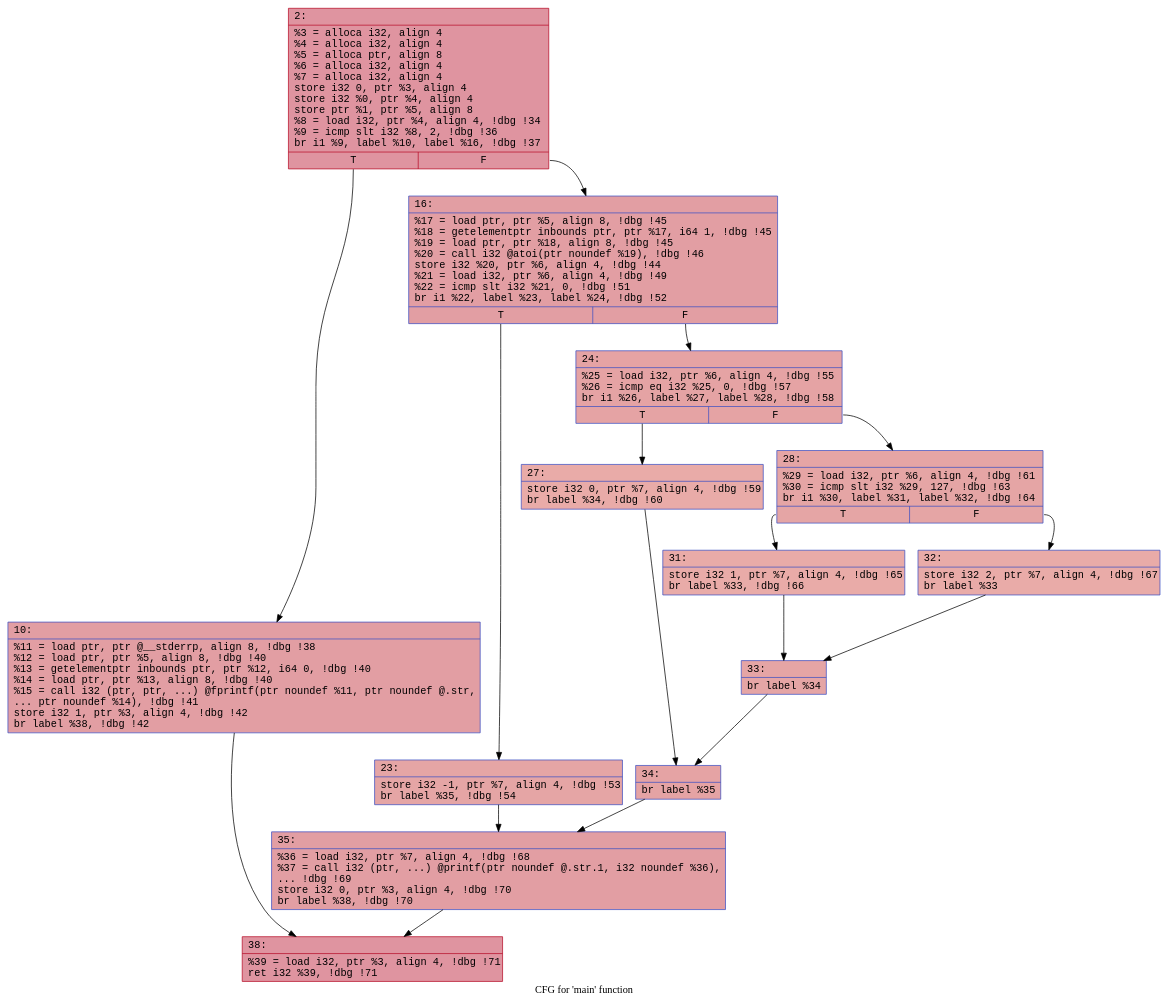
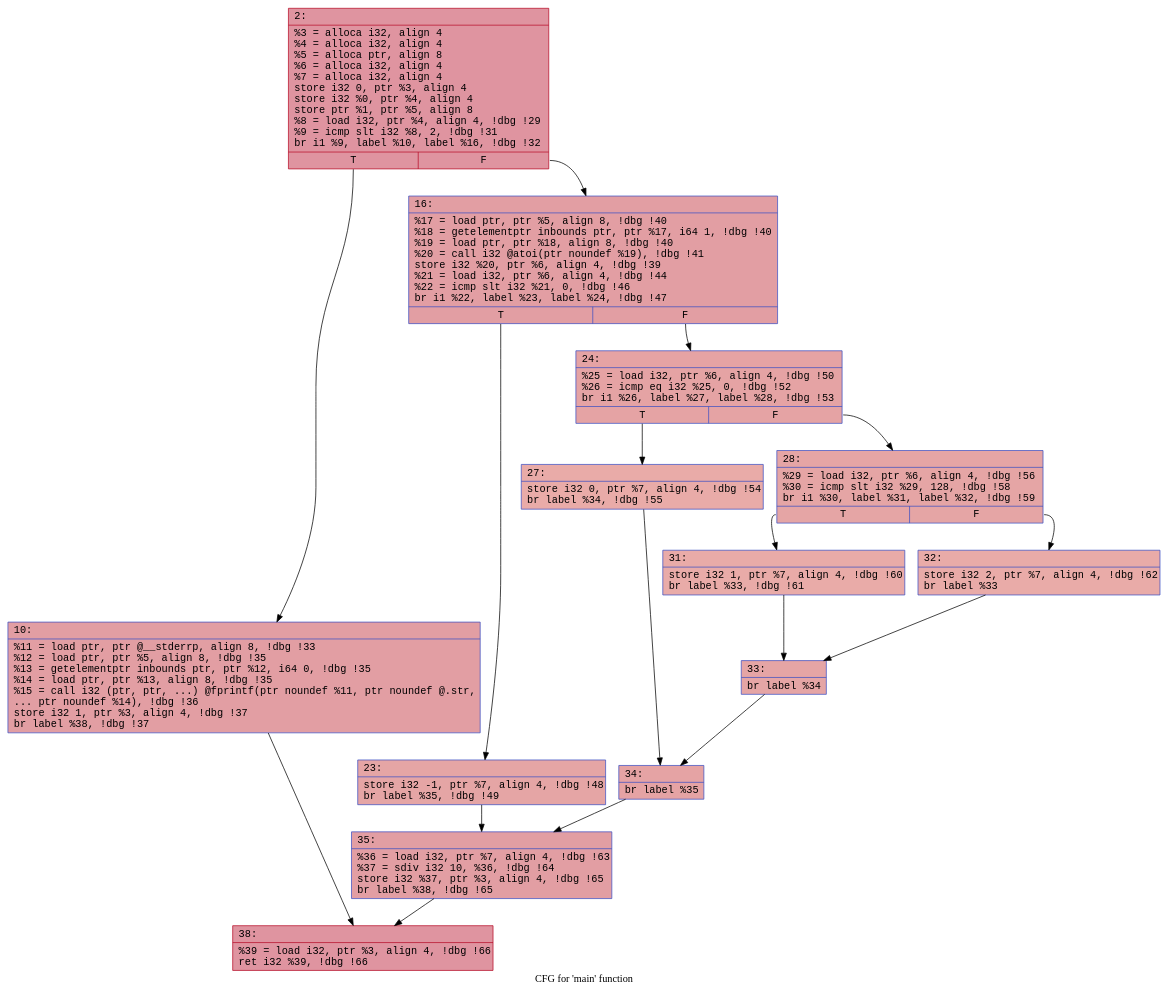
One commit to FelicitasGarcia/MimicryMonitor changed the diagram in llvm/feli/cfgs/mainPUA.dot. Above: the diagram before and after it, drawn with Graphviz. The commit also changed 55 other files, not shown here.

```diff
--- a/llvm/feli/cfgs/mainPUA.dot
+++ b/llvm/feli/cfgs/mainPUA.dot
@@ -1,33 +1,33 @@
 digraph "CFG for 'main' function" {
 	label="CFG for 'main' function";
 
-	Node0x6000030d8190 [shape=record,color="#b70d28ff", style=filled, fillcolor="#b70d2870" fontname="Courier",label="{2:\l|  %3 = alloca i32, align 4\l  %4 = alloca i32, align 4\l  %5 = alloca ptr, align 8\l  %6 = alloca i32, align 4\l  %7 = alloca i32, align 4\l  store i32 0, ptr %3, align 4\l  store i32 %0, ptr %4, align 4\l  store ptr %1, ptr %5, align 8\l  %8 = load i32, ptr %4, align 4, !dbg !34\l  %9 = icmp slt i32 %8, 2, !dbg !36\l  br i1 %9, label %10, label %16, !dbg !37\l|{<s0>T|<s1>F}}"];
-	Node0x6000030d8190:s0 -> Node0x6000030d8230;
-	Node0x6000030d8190:s1 -> Node0x6000030d8280;
-	Node0x6000030d8230 [shape=record,color="#3d50c3ff", style=filled, fillcolor="#be242e70" fontname="Courier",label="{10:\l|  %11 = load ptr, ptr @__stderrp, align 8, !dbg !38\l  %12 = load ptr, ptr %5, align 8, !dbg !40\l  %13 = getelementptr inbounds ptr, ptr %12, i64 0, !dbg !40\l  %14 = load ptr, ptr %13, align 8, !dbg !40\l  %15 = call i32 (ptr, ptr, ...) @fprintf(ptr noundef %11, ptr noundef @.str,\l... ptr noundef %14), !dbg !41\l  store i32 1, ptr %3, align 4, !dbg !42\l  br label %38, !dbg !42\l}"];
-	Node0x6000030d8230 -> Node0x6000030d8320;
-	Node0x6000030d8280 [shape=record,color="#3d50c3ff", style=filled, fillcolor="#be242e70" fontname="Courier",label="{16:\l|  %17 = load ptr, ptr %5, align 8, !dbg !45\l  %18 = getelementptr inbounds ptr, ptr %17, i64 1, !dbg !45\l  %19 = load ptr, ptr %18, align 8, !dbg !45\l  %20 = call i32 @atoi(ptr noundef %19), !dbg !46\l  store i32 %20, ptr %6, align 4, !dbg !44\l  %21 = load i32, ptr %6, align 4, !dbg !49\l  %22 = icmp slt i32 %21, 0, !dbg !51\l  br i1 %22, label %23, label %24, !dbg !52\l|{<s0>T|<s1>F}}"];
-	Node0x6000030d8280:s0 -> Node0x6000030d83c0;
-	Node0x6000030d8280:s1 -> Node0x6000030d8410;
-	Node0x6000030d83c0 [shape=record,color="#3d50c3ff", style=filled, fillcolor="#c5333470" fontname="Courier",label="{23:\l|  store i32 -1, ptr %7, align 4, !dbg !53\l  br label %35, !dbg !54\l}"];
-	Node0x6000030d83c0 -> Node0x6000030d8460;
-	Node0x6000030d8410 [shape=record,color="#3d50c3ff", style=filled, fillcolor="#c32e3170" fontname="Courier",label="{24:\l|  %25 = load i32, ptr %6, align 4, !dbg !55\l  %26 = icmp eq i32 %25, 0, !dbg !57\l  br i1 %26, label %27, label %28, !dbg !58\l|{<s0>T|<s1>F}}"];
-	Node0x6000030d8410:s0 -> Node0x6000030d84b0;
-	Node0x6000030d8410:s1 -> Node0x6000030d8500;
-	Node0x6000030d84b0 [shape=record,color="#3d50c3ff", style=filled, fillcolor="#cc403a70" fontname="Courier",label="{27:\l|  store i32 0, ptr %7, align 4, !dbg !59\l  br label %34, !dbg !60\l}"];
-	Node0x6000030d84b0 -> Node0x6000030d8550;
-	Node0x6000030d8500 [shape=record,color="#3d50c3ff", style=filled, fillcolor="#c5333470" fontname="Courier",label="{28:\l|  %29 = load i32, ptr %6, align 4, !dbg !61\l  %30 = icmp slt i32 %29, 127, !dbg !63\l  br i1 %30, label %31, label %32, !dbg !64\l|{<s0>T|<s1>F}}"];
-	Node0x6000030d8500:s0 -> Node0x6000030d85a0;
-	Node0x6000030d8500:s1 -> Node0x6000030d85f0;
-	Node0x6000030d85a0 [shape=record,color="#3d50c3ff", style=filled, fillcolor="#cc403a70" fontname="Courier",label="{31:\l|  store i32 1, ptr %7, align 4, !dbg !65\l  br label %33, !dbg !66\l}"];
-	Node0x6000030d85a0 -> Node0x6000030d8640;
-	Node0x6000030d85f0 [shape=record,color="#3d50c3ff", style=filled, fillcolor="#cc403a70" fontname="Courier",label="{32:\l|  store i32 2, ptr %7, align 4, !dbg !67\l  br label %33\l}"];
-	Node0x6000030d85f0 -> Node0x6000030d8640;
-	Node0x6000030d8640 [shape=record,color="#3d50c3ff", style=filled, fillcolor="#c5333470" fontname="Courier",label="{33:\l|  br label %34\l}"];
-	Node0x6000030d8640 -> Node0x6000030d8550;
-	Node0x6000030d8550 [shape=record,color="#3d50c3ff", style=filled, fillcolor="#c32e3170" fontname="Courier",label="{34:\l|  br label %35\l}"];
-	Node0x6000030d8550 -> Node0x6000030d8460;
-	Node0x6000030d8460 [shape=record,color="#3d50c3ff", style=filled, fillcolor="#be242e70" fontname="Courier",label="{35:\l|  %36 = load i32, ptr %7, align 4, !dbg !68\l  %37 = call i32 (ptr, ...) @printf(ptr noundef @.str.1, i32 noundef %36),\l... !dbg !69\l  store i32 0, ptr %3, align 4, !dbg !70\l  br label %38, !dbg !70\l}"];
-	Node0x6000030d8460 -> Node0x6000030d8320;
-	Node0x6000030d8320 [shape=record,color="#b70d28ff", style=filled, fillcolor="#b70d2870" fontname="Courier",label="{38:\l|  %39 = load i32, ptr %3, align 4, !dbg !71\l  ret i32 %39, !dbg !71\l}"];
+	Node0x600003a809b0 [shape=record,color="#b70d28ff", style=filled, fillcolor="#b70d2870" fontname="Courier",label="{2:\l|  %3 = alloca i32, align 4\l  %4 = alloca i32, align 4\l  %5 = alloca ptr, align 8\l  %6 = alloca i32, align 4\l  %7 = alloca i32, align 4\l  store i32 0, ptr %3, align 4\l  store i32 %0, ptr %4, align 4\l  store ptr %1, ptr %5, align 8\l  %8 = load i32, ptr %4, align 4, !dbg !29\l  %9 = icmp slt i32 %8, 2, !dbg !31\l  br i1 %9, label %10, label %16, !dbg !32\l|{<s0>T|<s1>F}}"];
+	Node0x600003a809b0:s0 -> Node0x600003a80a50;
+	Node0x600003a809b0:s1 -> Node0x600003a80aa0;
+	Node0x600003a80a50 [shape=record,color="#3d50c3ff", style=filled, fillcolor="#be242e70" fontname="Courier",label="{10:\l|  %11 = load ptr, ptr @__stderrp, align 8, !dbg !33\l  %12 = load ptr, ptr %5, align 8, !dbg !35\l  %13 = getelementptr inbounds ptr, ptr %12, i64 0, !dbg !35\l  %14 = load ptr, ptr %13, align 8, !dbg !35\l  %15 = call i32 (ptr, ptr, ...) @fprintf(ptr noundef %11, ptr noundef @.str,\l... ptr noundef %14), !dbg !36\l  store i32 1, ptr %3, align 4, !dbg !37\l  br label %38, !dbg !37\l}"];
+	Node0x600003a80a50 -> Node0x600003a80b40;
+	Node0x600003a80aa0 [shape=record,color="#3d50c3ff", style=filled, fillcolor="#be242e70" fontname="Courier",label="{16:\l|  %17 = load ptr, ptr %5, align 8, !dbg !40\l  %18 = getelementptr inbounds ptr, ptr %17, i64 1, !dbg !40\l  %19 = load ptr, ptr %18, align 8, !dbg !40\l  %20 = call i32 @atoi(ptr noundef %19), !dbg !41\l  store i32 %20, ptr %6, align 4, !dbg !39\l  %21 = load i32, ptr %6, align 4, !dbg !44\l  %22 = icmp slt i32 %21, 0, !dbg !46\l  br i1 %22, label %23, label %24, !dbg !47\l|{<s0>T|<s1>F}}"];
+	Node0x600003a80aa0:s0 -> Node0x600003a80be0;
+	Node0x600003a80aa0:s1 -> Node0x600003a80c30;
+	Node0x600003a80be0 [shape=record,color="#3d50c3ff", style=filled, fillcolor="#c5333470" fontname="Courier",label="{23:\l|  store i32 -1, ptr %7, align 4, !dbg !48\l  br label %35, !dbg !49\l}"];
+	Node0x600003a80be0 -> Node0x600003a80c80;
+	Node0x600003a80c30 [shape=record,color="#3d50c3ff", style=filled, fillcolor="#c32e3170" fontname="Courier",label="{24:\l|  %25 = load i32, ptr %6, align 4, !dbg !50\l  %26 = icmp eq i32 %25, 0, !dbg !52\l  br i1 %26, label %27, label %28, !dbg !53\l|{<s0>T|<s1>F}}"];
+	Node0x600003a80c30:s0 -> Node0x600003a80cd0;
+	Node0x600003a80c30:s1 -> Node0x600003a80d20;
+	Node0x600003a80cd0 [shape=record,color="#3d50c3ff", style=filled, fillcolor="#cc403a70" fontname="Courier",label="{27:\l|  store i32 0, ptr %7, align 4, !dbg !54\l  br label %34, !dbg !55\l}"];
+	Node0x600003a80cd0 -> Node0x600003a80d70;
+	Node0x600003a80d20 [shape=record,color="#3d50c3ff", style=filled, fillcolor="#c5333470" fontname="Courier",label="{28:\l|  %29 = load i32, ptr %6, align 4, !dbg !56\l  %30 = icmp slt i32 %29, 128, !dbg !58\l  br i1 %30, label %31, label %32, !dbg !59\l|{<s0>T|<s1>F}}"];
+	Node0x600003a80d20:s0 -> Node0x600003a80dc0;
+	Node0x600003a80d20:s1 -> Node0x600003a80e10;
+	Node0x600003a80dc0 [shape=record,color="#3d50c3ff", style=filled, fillcolor="#cc403a70" fontname="Courier",label="{31:\l|  store i32 1, ptr %7, align 4, !dbg !60\l  br label %33, !dbg !61\l}"];
+	Node0x600003a80dc0 -> Node0x600003a80e60;
+	Node0x600003a80e10 [shape=record,color="#3d50c3ff", style=filled, fillcolor="#cc403a70" fontname="Courier",label="{32:\l|  store i32 2, ptr %7, align 4, !dbg !62\l  br label %33\l}"];
+	Node0x600003a80e10 -> Node0x600003a80e60;
+	Node0x600003a80e60 [shape=record,color="#3d50c3ff", style=filled, fillcolor="#c5333470" fontname="Courier",label="{33:\l|  br label %34\l}"];
+	Node0x600003a80e60 -> Node0x600003a80d70;
+	Node0x600003a80d70 [shape=record,color="#3d50c3ff", style=filled, fillcolor="#c32e3170" fontname="Courier",label="{34:\l|  br label %35\l}"];
+	Node0x600003a80d70 -> Node0x600003a80c80;
+	Node0x600003a80c80 [shape=record,color="#3d50c3ff", style=filled, fillcolor="#be242e70" fontname="Courier",label="{35:\l|  %36 = load i32, ptr %7, align 4, !dbg !63\l  %37 = sdiv i32 10, %36, !dbg !64\l  store i32 %37, ptr %3, align 4, !dbg !65\l  br label %38, !dbg !65\l}"];
+	Node0x600003a80c80 -> Node0x600003a80b40;
+	Node0x600003a80b40 [shape=record,color="#b70d28ff", style=filled, fillcolor="#b70d2870" fontname="Courier",label="{38:\l|  %39 = load i32, ptr %3, align 4, !dbg !66\l  ret i32 %39, !dbg !66\l}"];
 }
```
